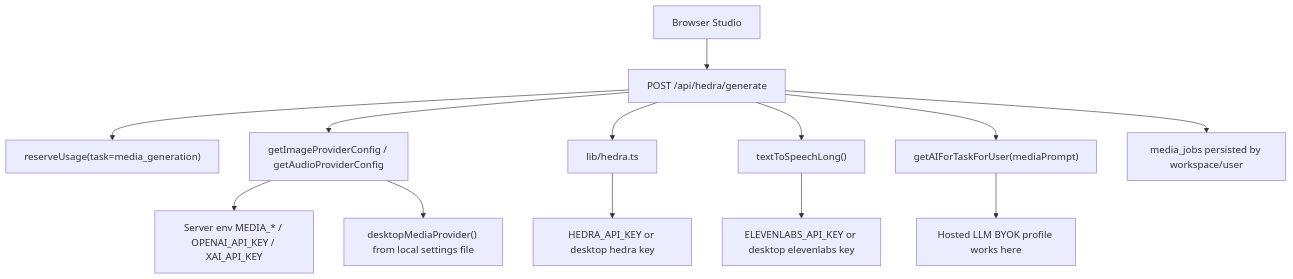
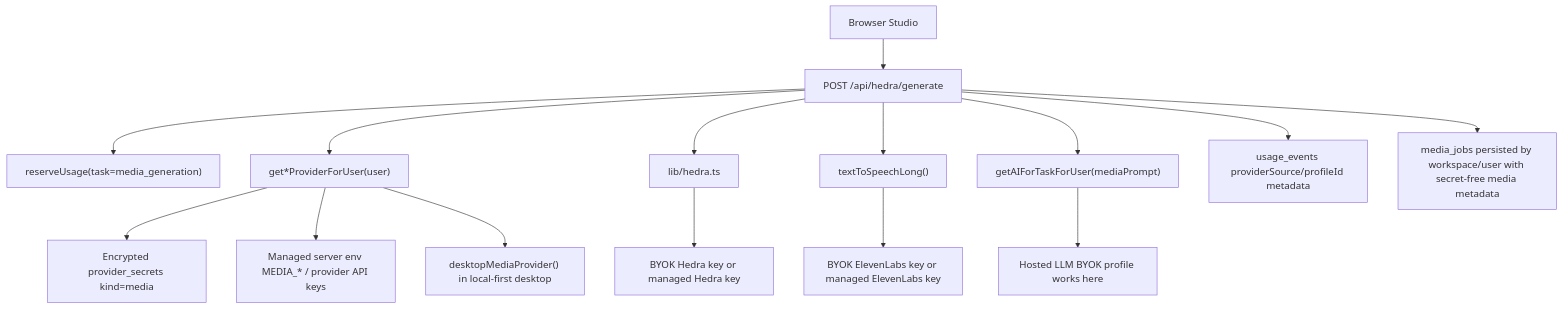
One commit to Transformation-Agency/pillar-press changed the diagram in docs/MEDIA_BYOK_AUDIT.md. Above: the diagram before and after it, drawn with Mermaid. The commit also changed other lines of this file and 13 other files, not shown here.

Commit message:
Wire hosted media BYOK generation

````diff
--- a/docs/MEDIA_BYOK_AUDIT.md
+++ b/docs/MEDIA_BYOK_AUDIT.md
@@ -19,15 +21,17 @@
 ```mermaid
 flowchart TD
   Browser["Browser Studio"] --> Generate["POST /api/hedra/generate"]
   Generate --> Reserve["reserveUsage(task=media_generation)"]
-  Generate --> MediaConfig["getImageProviderConfig / getAudioProviderConfig"]
-  MediaConfig --> Env["Server env MEDIA_* / OPENAI_API_KEY / XAI_API_KEY"]
-  MediaConfig --> Desktop["desktopMediaProvider() from local settings file"]
+  Generate --> MediaConfig["get*ProviderForUser(user)"]
+  MediaConfig --> HostedMedia["Encrypted provider_secrets kind=media"]
+  MediaConfig --> Env["Managed server env MEDIA_* / provider API keys"]
+  MediaConfig --> Desktop["desktopMediaProvider() in local-first desktop"]
   Generate --> HedraClient["lib/hedra.ts"]
-  HedraClient --> HedraEnv["HEDRA_API_KEY or desktop hedra key"]
+  HedraClient --> HedraKey["BYOK Hedra key or managed Hedra key"]
   Generate --> ElevenClient["textToSpeechLong()"]
-  ElevenClient --> ElevenEnv["ELEVENLABS_API_KEY or desktop elevenlabs key"]
+  ElevenClient --> ElevenKey["BYOK ElevenLabs key or managed ElevenLabs key"]
   Generate --> LLMPrompt["getAIForTaskForUser(mediaPrompt)"]
   LLMPrompt --> LLMByok["Hosted LLM BYOK profile works here"]
-  Generate --> MediaJob["media_jobs persisted by workspace/user"]
+  Generate --> Usage["usage_events providerSource/profileId metadata"]
+  Generate --> MediaJob["media_jobs persisted by workspace/user with secret-free media metadata"]
 ```
````
